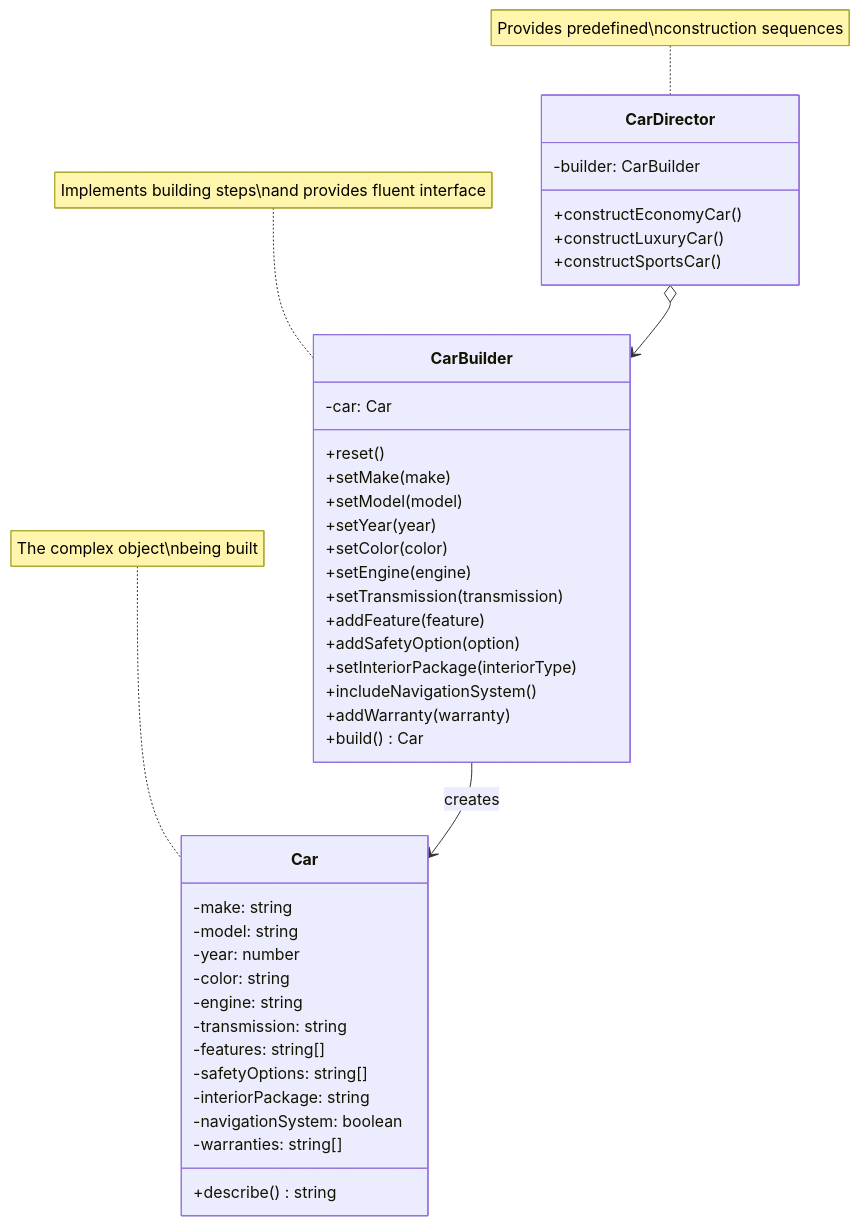
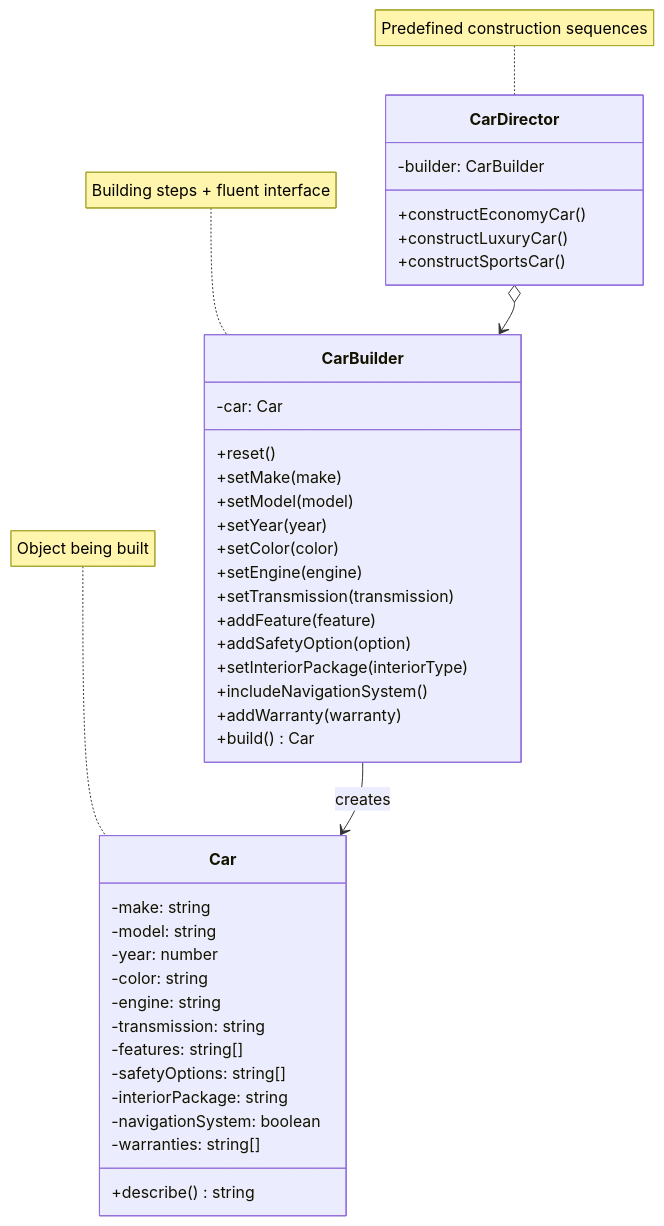
The first of 2 diagrams in patterns/concepts/creational/builder/README.md (unameit10000000/code-everyday), drawn with Mermaid before and after one commit.

````diff
--- a/patterns/concepts/creational/builder/README.md
+++ b/patterns/concepts/creational/builder/README.md
@@ -27,48 +27,48 @@
 ```mermaid
 classDiagram
     class CarDirector {
         -builder: CarBuilder
         +constructEconomyCar()
         +constructLuxuryCar()
         +constructSportsCar()
     }
 
     class CarBuilder {
         -car: Car
         +reset()
         +setMake(make)
         +setModel(model)
         +setYear(year)
         +setColor(color)
         +setEngine(engine)
         +setTransmission(transmission)
         +addFeature(feature)
         +addSafetyOption(option)
         +setInteriorPackage(interiorType)
         +includeNavigationSystem()
         +addWarranty(warranty)
         +build() Car
     }
 
     class Car {
         -make: string
         -model: string
         -year: number
         -color: string
         -engine: string
         -transmission: string
         -features: string[]
         -safetyOptions: string[]
         -interiorPackage: string
         -navigationSystem: boolean
         -warranties: string[]
         +describe() string
     }
 
     CarDirector o--> CarBuilder
     CarBuilder --> Car : creates
 
-    note for CarDirector "Provides predefined\nconstruction sequences"
-    note for CarBuilder "Implements building steps\nand provides fluent interface"
-    note for Car "The complex object\nbeing built"
+    note for CarDirector "Predefined construction sequences"
+    note for CarBuilder "Building steps + fluent interface"
+    note for Car "Object being built"
 ```
````
